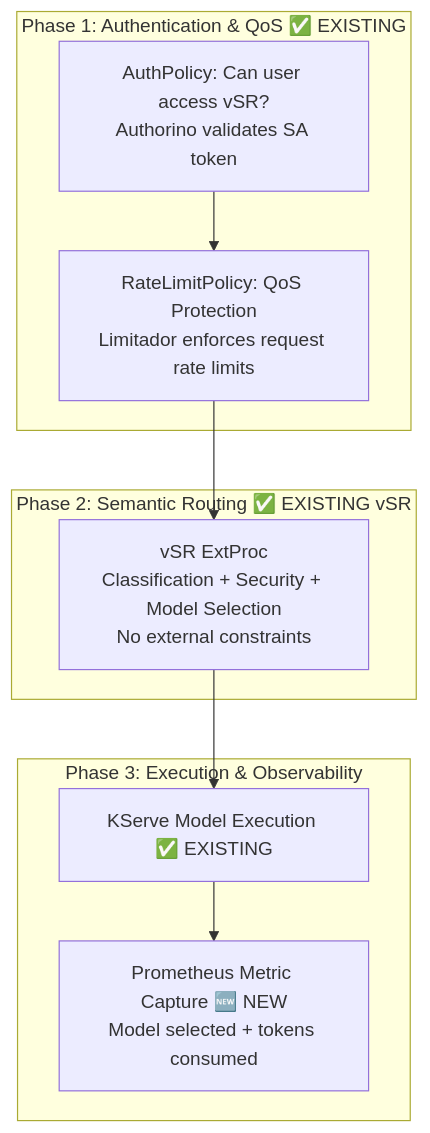
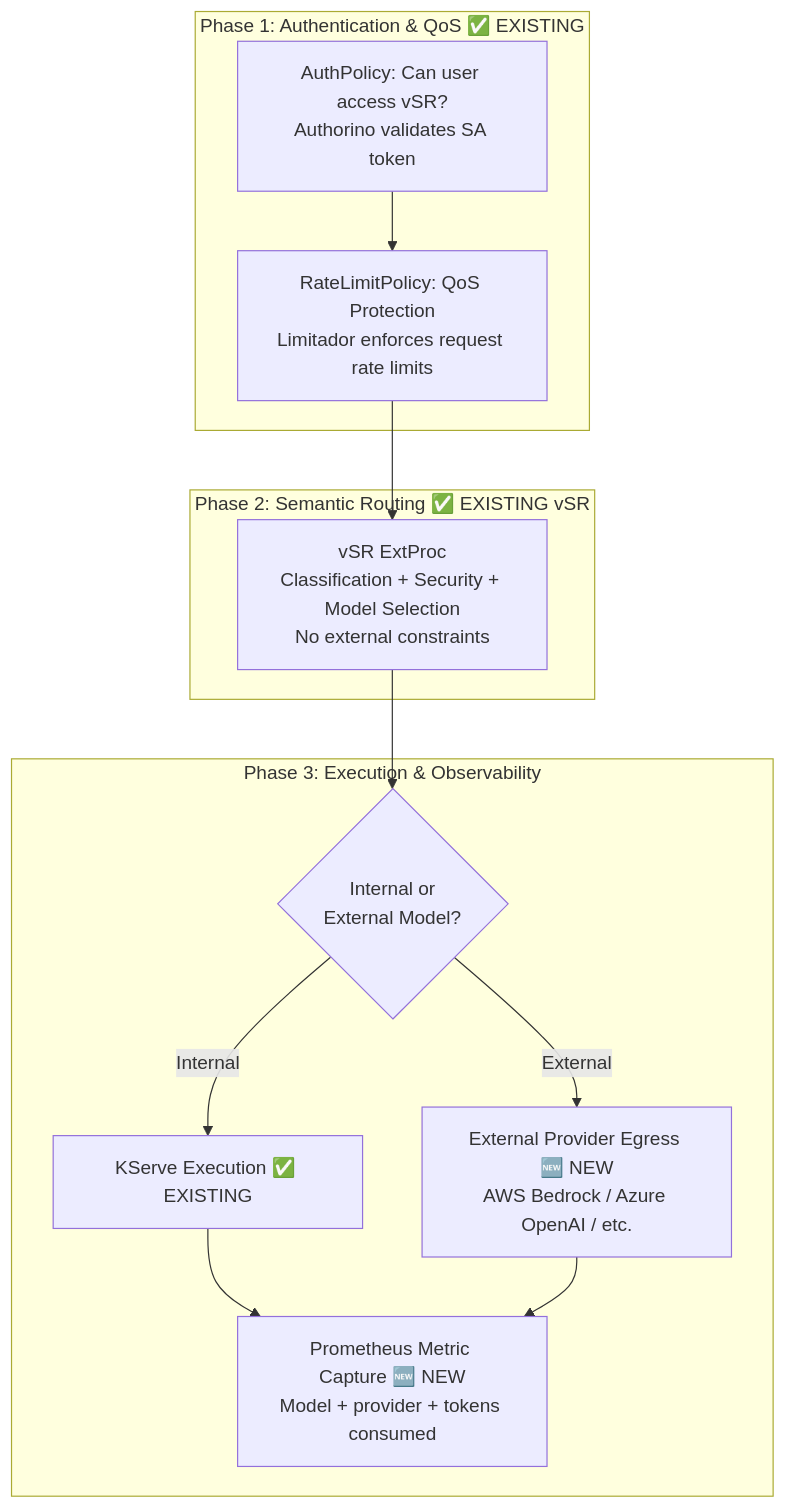
Before and after one commit to noyitz/maas-designs: the third of 9 diagrams in vsr-maas-integration/phase-1-design-v1.2.md, drawn with Mermaid. The commit also changed other lines of this file, not shown here.

First line of the commit message:
Add egress and external model support to Phase 1 design

````diff
--- a/vsr-maas-integration/phase-1-design-v1.2.md
+++ b/vsr-maas-integration/phase-1-design-v1.2.md
@@ -138,21 +148,26 @@
 ```mermaid
 graph TB
     subgraph "Phase 1: Authentication & QoS ✅ EXISTING"
         P1A[AuthPolicy: Can user access vSR?<br/>Authorino validates SA token]
         P1B[RateLimitPolicy: QoS Protection<br/>Limitador enforces request rate limits]
     end
 
     subgraph "Phase 2: Semantic Routing ✅ EXISTING vSR"
         P2[vSR ExtProc<br/>Classification + Security + Model Selection<br/>No external constraints]
     end
 
     subgraph "Phase 3: Execution & Observability"
-        P3A[KServe Model Execution ✅ EXISTING]
-        P3B[Prometheus Metric Capture 🆕 NEW<br/>Model selected + tokens consumed]
+        P3A{Internal or<br/>External Model?}
+        P3B[KServe Execution ✅ EXISTING]
+        P3C[External Provider Egress 🆕 NEW<br/>AWS Bedrock / Azure OpenAI / etc.]
+        P3D[Prometheus Metric Capture 🆕 NEW<br/>Model + provider + tokens consumed]
     end
 
     P1A --> P1B
     P1B --> P2
     P2 --> P3A
-    P3A --> P3B
+    P3A -->|Internal| P3B
+    P3A -->|External| P3C
+    P3B --> P3D
+    P3C --> P3D
 ```
````
